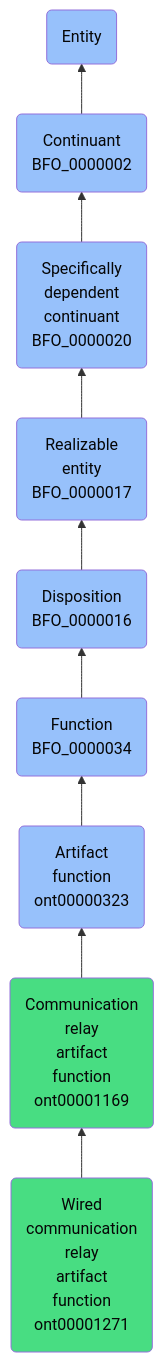
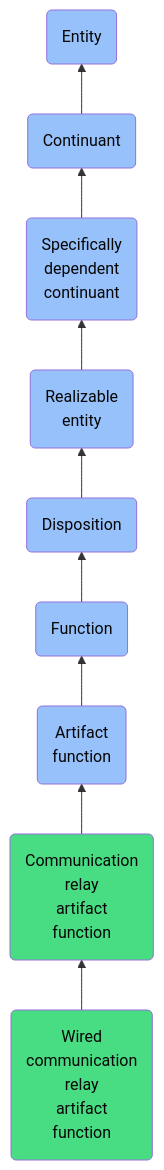
Before and after one commit to jupyter-naas/abi: the diagram in docs/ontology/reference/model/Entity/Continuant/Specifically dependent continuant/Realizable entity/Disposition/Function/Artifact function/Communication relay artifact function/Wired communication relay artifact function/Wired communication relay artifact function.md, drawn with Mermaid. The commit also changed other lines of this file and 1430 other files, not shown here.

````diff
--- a/docs/ontology/reference/model/Entity/Continuant/Specifically dependent continuant/Realizable entity/Disposition/Function/Artifact function/Communication relay artifact function/Wired communication relay artifact function/Wired communication relay artifact function.md
+++ b/docs/ontology/reference/model/Entity/Continuant/Specifically dependent continuant/Realizable entity/Disposition/Function/Artifact function/Communication relay artifact function/Wired communication relay artifact function/Wired communication relay artifact function.md
@@ -24,16 +24,16 @@
 ```mermaid
 graph BT
-    ont00001271(Wired<br>communication<br>relay<br>artifact<br>function<br>ont00001271):::ABI-->ont00001169
-    ont00001169(Communication<br>relay<br>artifact<br>function<br>ont00001169):::ABI-->ont00000323
-    ont00000323(Artifact<br>function<br>ont00000323):::BFO-->BFO_0000034
-    BFO_0000034(Function<br>BFO_0000034):::BFO-->BFO_0000016
-    BFO_0000016(Disposition<br>BFO_0000016):::BFO-->BFO_0000017
-    BFO_0000017(Realizable<br>entity<br>BFO_0000017):::BFO-->BFO_0000020
-    BFO_0000020(Specifically<br>dependent<br>continuant<br>BFO_0000020):::BFO-->BFO_0000002
-    BFO_0000002(Continuant<br>BFO_0000002):::BFO-->BFO_0000001
+    ont00001271(Wired<br>communication<br>relay<br>artifact<br>function):::ABI-->ont00001169
+    ont00001169(Communication<br>relay<br>artifact<br>function):::ABI-->ont00000323
+    ont00000323(Artifact<br>function):::BFO-->BFO_0000034
+    BFO_0000034(Function):::BFO-->BFO_0000016
+    BFO_0000016(Disposition):::BFO-->BFO_0000017
+    BFO_0000017(Realizable<br>entity):::BFO-->BFO_0000020
+    BFO_0000020(Specifically<br>dependent<br>continuant):::BFO-->BFO_0000002
+    BFO_0000002(Continuant):::BFO-->BFO_0000001
     BFO_0000001(Entity):::BFO
     
     classDef BFO fill:#97c1fb,color:#060606
     classDef CCO fill:#e4c51e,color:#060606
     classDef ABI fill:#48DD82,color:#060606
 ```
````
